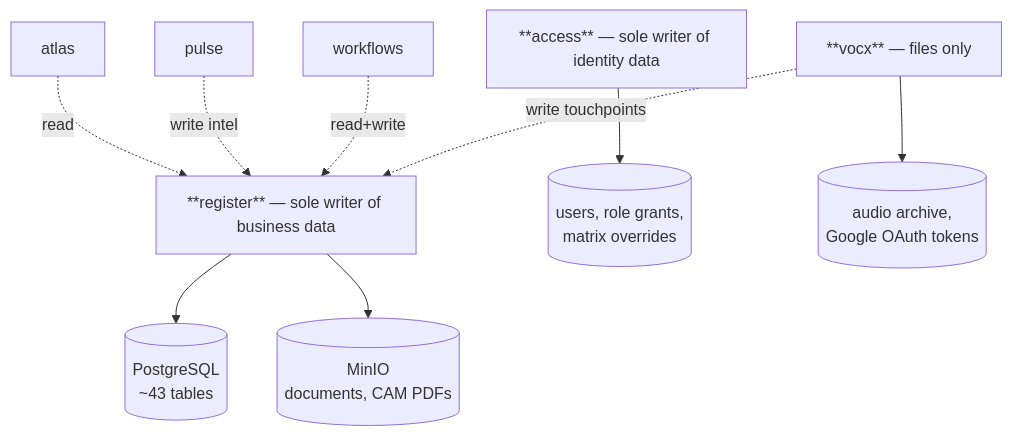
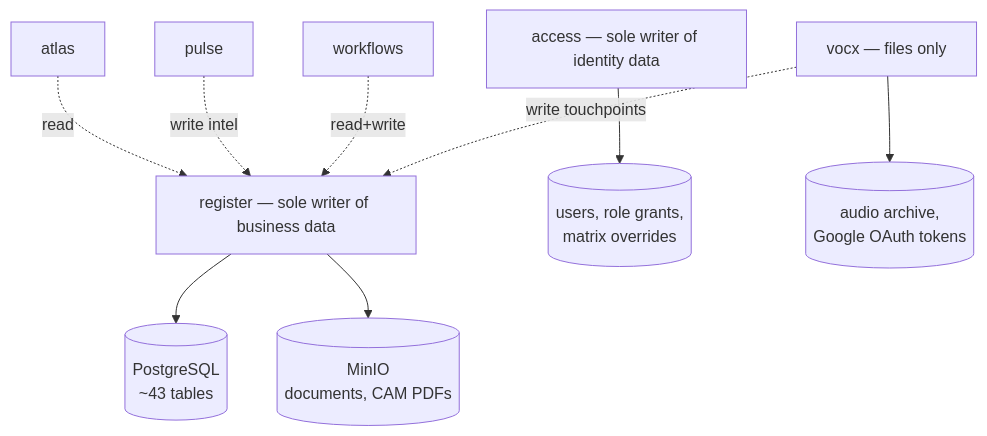
The fourth of 4 diagrams in docs/handbook/01-ARCHITECTURE.md (shashikanth-vh/vox), drawn with Mermaid before and after one commit. The commit also changed 11 other files, not shown here.

````diff
--- a/docs/handbook/01-ARCHITECTURE.md
+++ b/docs/handbook/01-ARCHITECTURE.md
@@ -219,22 +219,22 @@
 ```mermaid
 flowchart TB
-    REG["**register** — sole writer of business data"]
+    REG["register — sole writer of business data"]
     PG[("PostgreSQL<br/>~43 tables")]
     MIN[("MinIO<br/>documents, CAM PDFs")]
 
-    ACC["**access** — sole writer of identity data"]
+    ACC["access — sole writer of identity data"]
     APG[("users, role grants,<br/>matrix overrides")]
 
-    VOX["**vocx** — files only"]
+    VOX["vocx — files only"]
     FS[("audio archive,<br/>Google OAuth tokens")]
 
     REG --> PG
     REG --> MIN
     ACC --> APG
     VOX --> FS
 
     ATLAS["atlas"] -.read.-> REG
     PULSE["pulse"] -.write intel.-> REG
     WF["workflows"] -.read+write.-> REG
     VOX -.write touchpoints.-> REG
 ```
````
